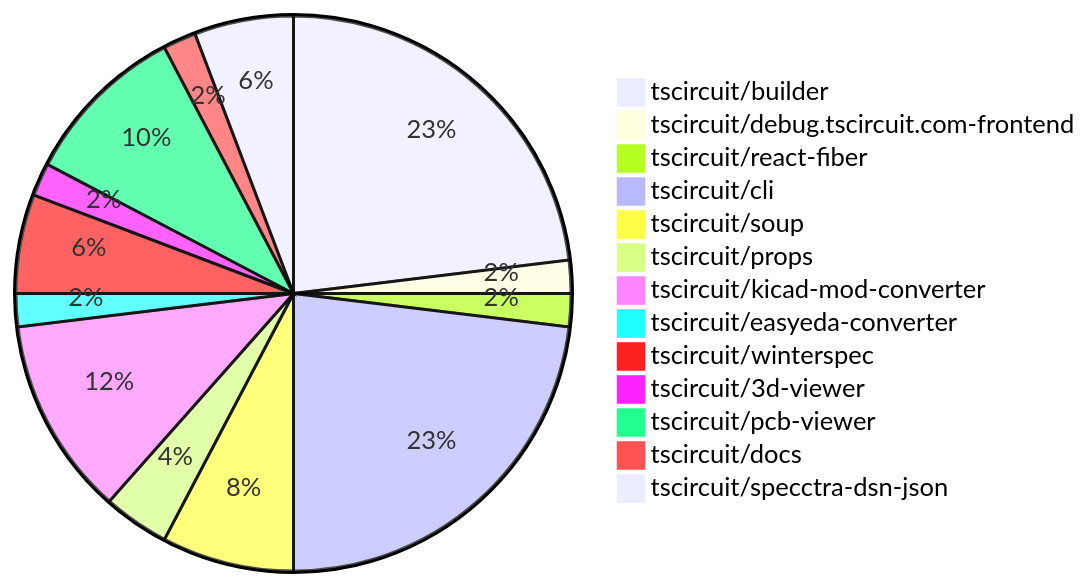
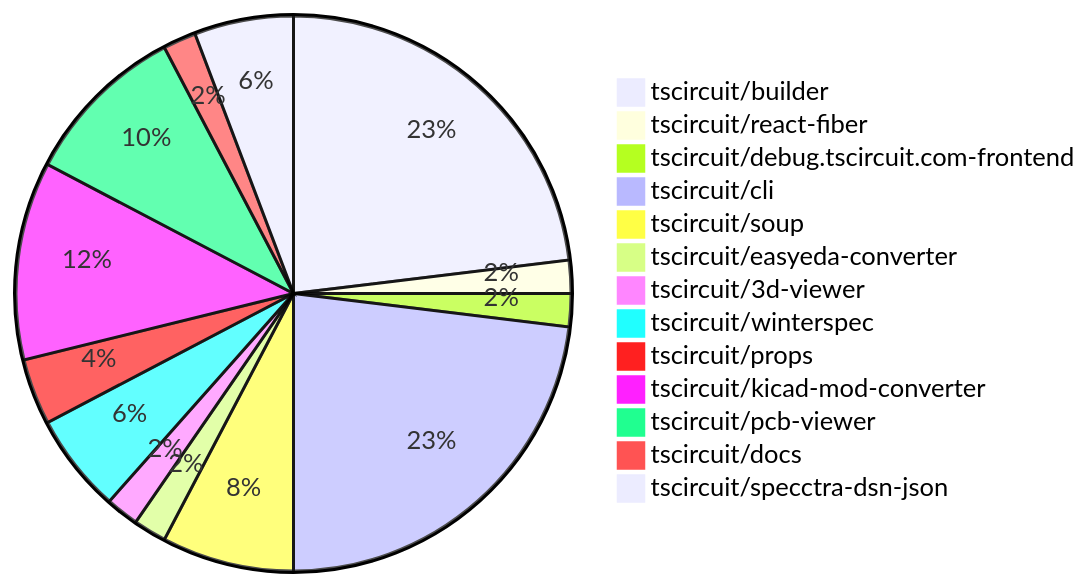
Before and after one commit to tscircuit/contribution-tracker: the diagram in contribution-overviews/2024-06-29.md, drawn with Mermaid. The commit also changed other lines of this file and 2 other files, not shown here.

````diff
--- a/contribution-overviews/2024-06-29.md
+++ b/contribution-overviews/2024-06-29.md
@@ -5,16 +5,16 @@
 ```mermaid
 pie
     "tscircuit/builder" : 12
+    "tscircuit/react-fiber" : 1
     "tscircuit/debug.tscircuit.com-frontend" : 1
-    "tscircuit/react-fiber" : 1
     "tscircuit/cli" : 12
     "tscircuit/soup" : 4
+    "tscircuit/easyeda-converter" : 1
+    "tscircuit/3d-viewer" : 1
+    "tscircuit/winterspec" : 3
     "tscircuit/props" : 2
     "tscircuit/kicad-mod-converter" : 6
-    "tscircuit/easyeda-converter" : 1
-    "tscircuit/winterspec" : 3
-    "tscircuit/3d-viewer" : 1
     "tscircuit/pcb-viewer" : 5
     "tscircuit/docs" : 1
     "tscircuit/specctra-dsn-json" : 3
 ```
````
